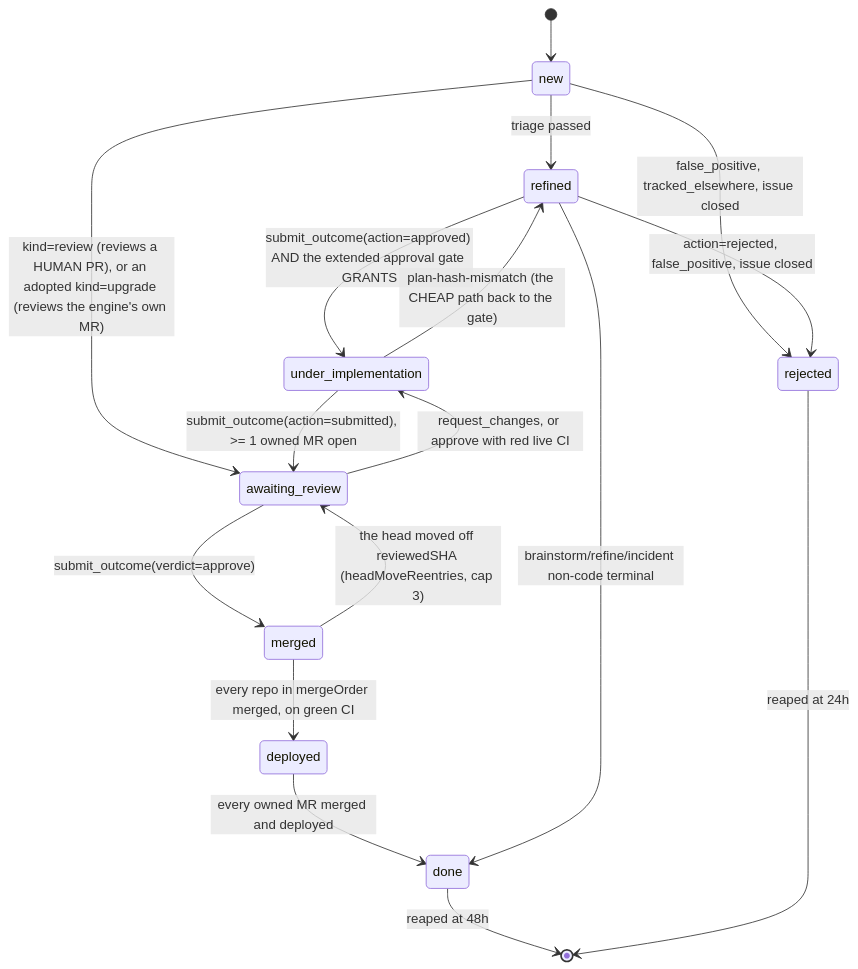
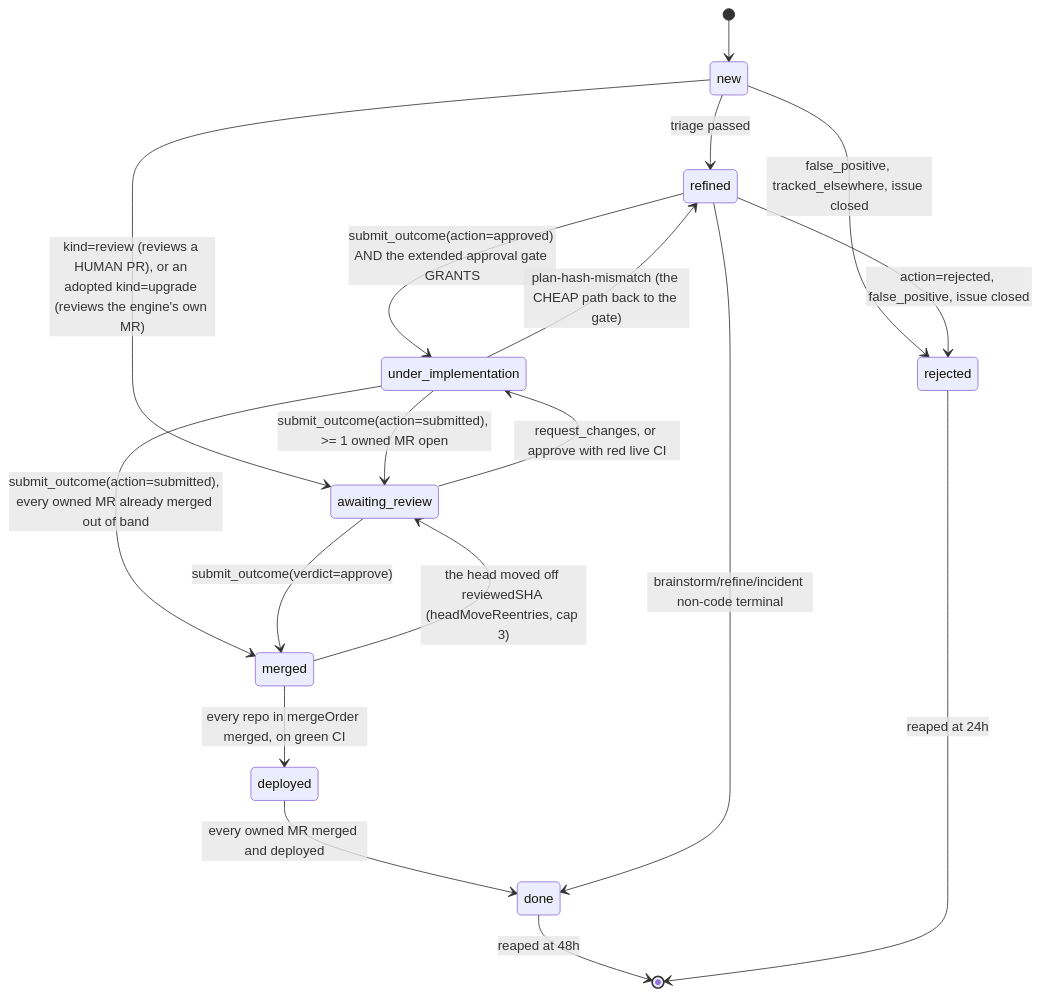
The diagram in docs/reference/task-stages.md (szymonrychu/tatara-documentation), drawn with Mermaid before and after one commit. The commit also changed other lines of this file and 6 other files, not shown here.

````diff
--- a/docs/reference/task-stages.md
+++ b/docs/reference/task-stages.md
@@ -62,19 +62,20 @@
 ```mermaid
 stateDiagram-v2
     [*] --> new
     new --> refined : triage passed
     new --> awaiting_review : kind=review (reviews a HUMAN PR), or an adopted kind=upgrade (reviews the engine's own MR)
     refined --> under_implementation : submit_outcome(action=approved) AND the extended approval gate GRANTS
     under_implementation --> awaiting_review : submit_outcome(action=submitted), >= 1 owned MR open
+    under_implementation --> merged : submit_outcome(action=submitted), every owned MR already merged out of band
     under_implementation --> refined : plan-hash-mismatch (the CHEAP path back to the gate)
     awaiting_review --> under_implementation : request_changes, or approve with red live CI
     awaiting_review --> merged : submit_outcome(verdict=approve)
     merged --> deployed : every repo in mergeOrder merged, on green CI
     merged --> awaiting_review : the head moved off reviewedSHA (headMoveReentries, cap 3)
     deployed --> done : every owned MR merged and deployed
     refined --> done : brainstorm/refine/incident non-code terminal
     new --> rejected : false_positive, tracked_elsewhere, issue closed
     refined --> rejected : action=rejected, false_positive, issue closed
     done --> [*] : reaped at 48h
     rejected --> [*] : reaped at 24h
 ```
````
